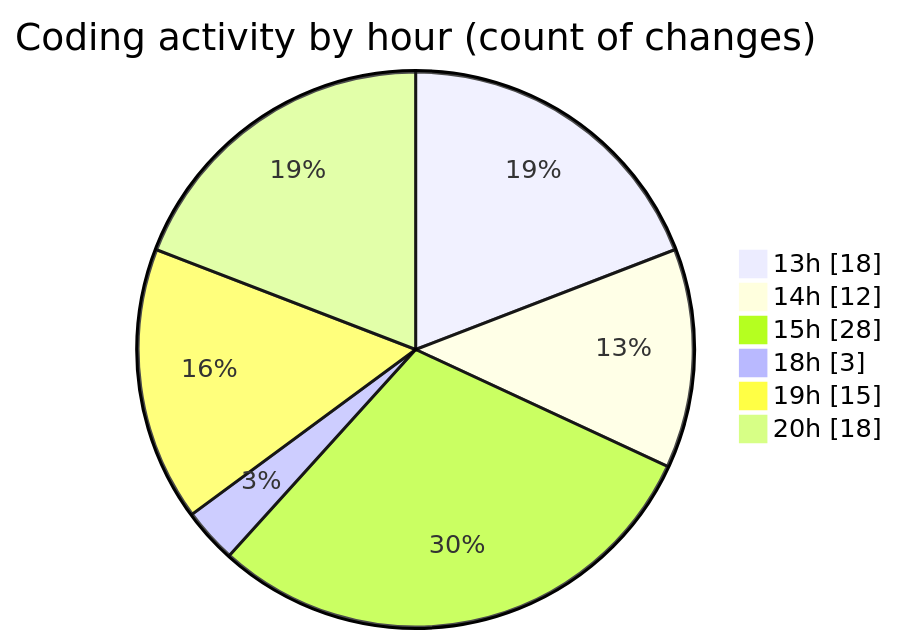
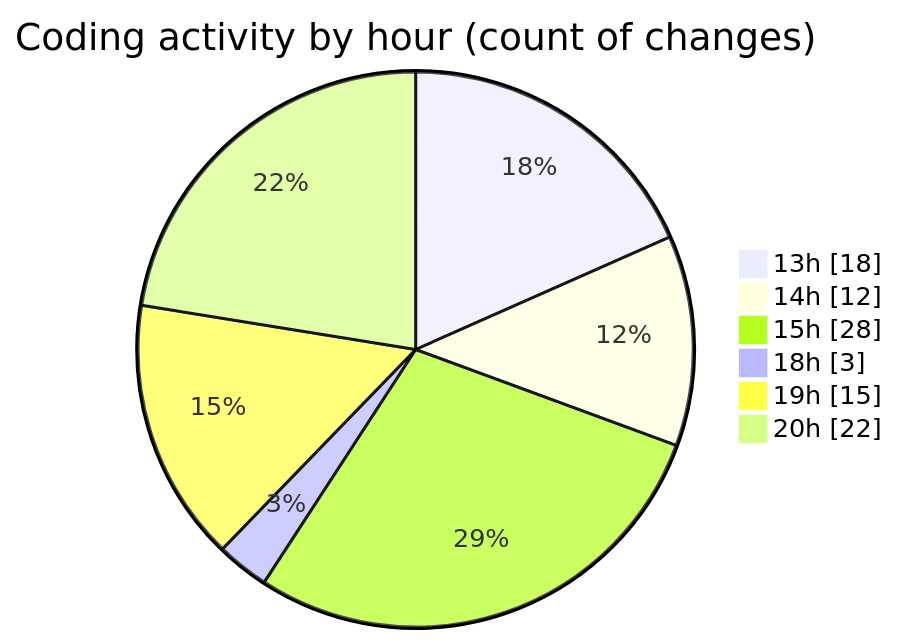
Before and after one commit to idhammustaqopulfikri/code-tracking: the second of 2 diagrams in 2025-06-16/studio-backend/README.md, drawn with Mermaid. The commit also changed other lines of this file and 1 other file, not shown here.

````diff
--- a/2025-06-16/studio-backend/README.md
+++ b/2025-06-16/studio-backend/README.md
@@ -45,10 +45,10 @@
 ```mermaid
 pie showData
 title Coding activity by hour (count of changes)
 "13h" : 18
 "14h" : 12
 "15h" : 28
 "18h" : 3
 "19h" : 15
-"20h" : 18
+"20h" : 22
 ```
````
